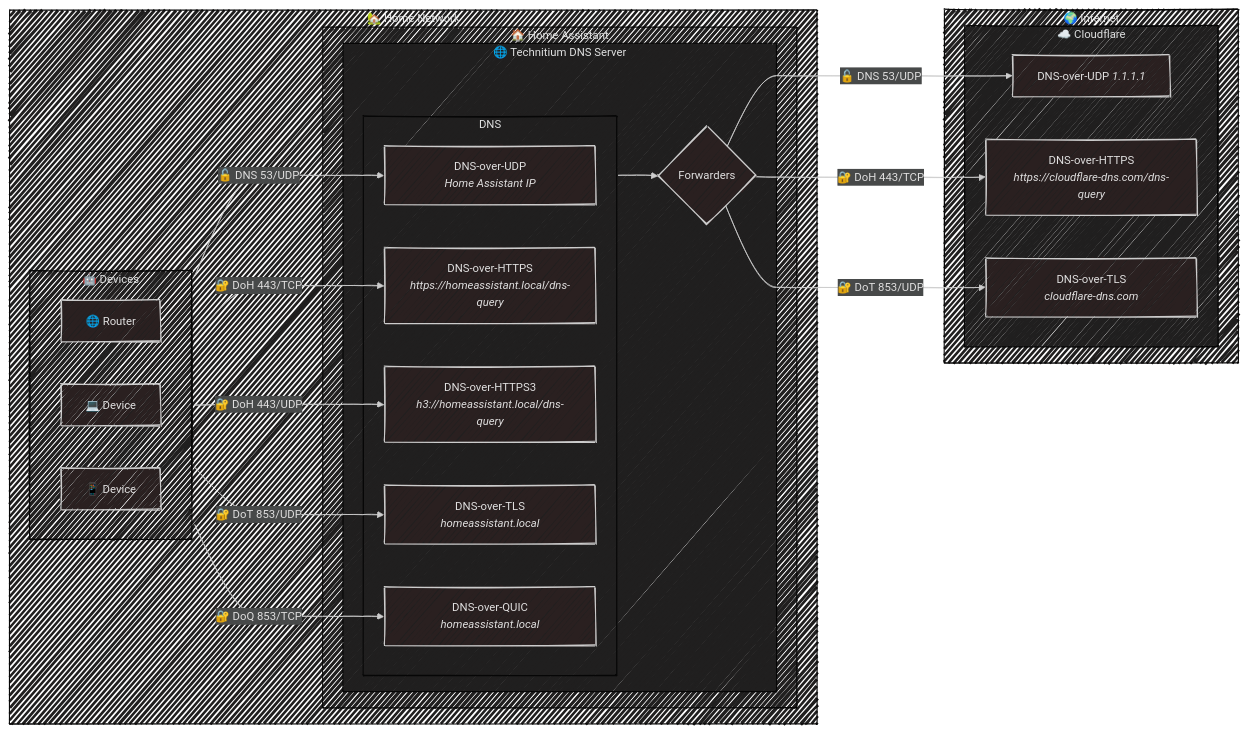
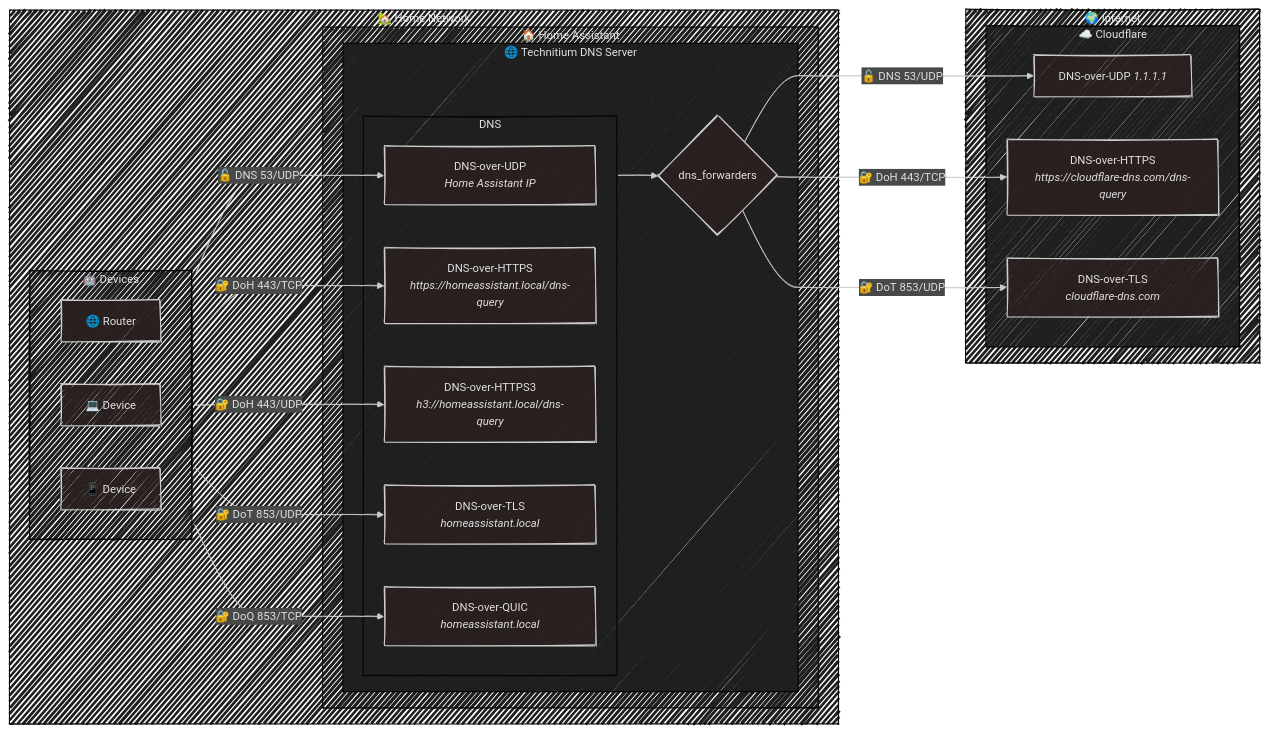
One commit to staerk-ha-addons/addon-technitium-dns changed the diagram in assets/flowchart-dns.md. Above: the diagram before and after it, drawn with Mermaid. The commit also changed 54 other files, not shown here.

````diff
--- a/assets/flowchart-dns.md
+++ b/assets/flowchart-dns.md
@@ -3,51 +3,51 @@
 ```mermaid
 ---
 config:
   flowchart:
     darkMode: true
     useMaxWidth: true
     curve: monotoneX
     htmlLabels: true
   theme: neo-dark
   look: handDrawn
 ---
 flowchart LR
   subgraph Local ["`🏡&nbsp;Home&nbsp;Network`"]
     subgraph LAN ["`🤖&nbsp;Devices`"]
       direction LR
       R["`🌐&nbsp;Router`"]
       D["`💻&nbsp;Device`"]
       P["`📱&nbsp;Device`"]
     end
     subgraph HA ["`🏠&nbsp;Home&nbsp;Assistant`"]
       subgraph AO["`🌐&nbsp;Technitium&nbsp;DNS&nbsp;Server`"]
         subgraph DNS["`DNS`"]
           DNS53["`DNS-over-UDP&NewLine;_Home&nbsp;Assistant&nbsp;IP_`"]
           DNSDoH["`DNS-over-HTTPS&NewLine;_https&colon;&sol;&sol;homeassistant&period;local&sol;dns-query_`"]
           DNSDoH3["`DNS-over-HTTPS3&NewLine;_h3&colon;&sol;&sol;homeassistant&period;local&sol;dns-query_`"]
           DNSDoT["`DNS-over-TLS&NewLine;_homeassistant&period;local_`"]
           DNSDoQ["`DNS-over-QUIC&NewLine;_homeassistant&period;local_`"]
         end
-        F{"`Forwarders`"}
+        F{"`dns_forwarders`"}
       end
     end
   end
 
   subgraph WAN ["`🌍&nbsp;Internet`"]
     subgraph CF ["`☁️&nbsp;Cloudflare`"]
       CFS53["`DNS-over-UDP&NewLine;_1.1.1.1_`"]
       CFSDoH["`DNS-over-HTTPS&NewLine;_https&colon;&sol;&sol;cloudflare-dns&period;com&sol;dns-query_`"]
       CFSDoT["`DNS-over-TLS&NewLine;_cloudflare-dns&period;com_`"]
     end
   end
 
   LAN --> |"`🔓&nbsp;DNS&nbsp;53&sol;UDP`"| DNS53
   LAN --> |"`🔐&nbsp;DoH&nbsp;443&sol;TCP`"| DNSDoH
   LAN --> |"`🔐&nbsp;DoH&nbsp;443&sol;UDP`"| DNSDoH3
   LAN --> |"`🔐&nbsp;DoQ&nbsp;853&sol;TCP`"| DNSDoQ
   LAN --> |"`🔐&nbsp;DoT&nbsp;853&sol;UDP`"| DNSDoT
   DNS --> F
   F --> |"`🔓&nbsp;DNS&nbsp;53&sol;UDP`"| CFS53
   F --> |"`🔐&nbsp;DoH&nbsp;443&sol;TCP`"| CFSDoH
   F --> |"`🔐&nbsp;DoT&nbsp;853&sol;UDP`"| CFSDoT
 ```
````
